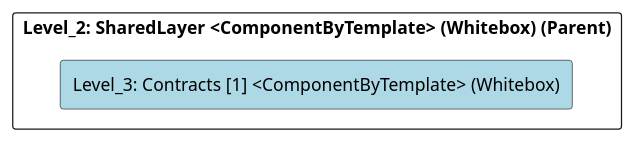
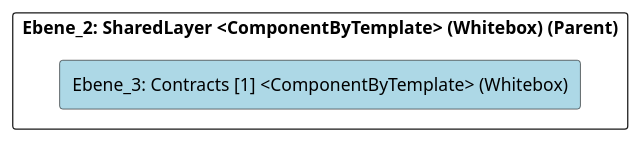
Before and after one commit to marcozwyssig/cleon: the diagram in src/cleon.architecturemethods.arc42.sample/doc/cleon_architecturemethods_arc42_sample_software_microservice/adoc/en/05_building_block_view/microservicesample/sharedlayer/contracts_1/level_3_contracts_[1].adoc, drawn with PlantUML. The commit also changed other lines of this file and 214 other files, not shown here.

```diff
--- a/src/cleon.architecturemethods.arc42.sample/doc/cleon_architecturemethods_arc42_sample_software_microservice/adoc/en/05_building_block_view/microservicesample/sharedlayer/contracts_1/level_3_contracts_[1].adoc
+++ b/src/cleon.architecturemethods.arc42.sample/doc/cleon_architecturemethods_arc42_sample_software_microservice/adoc/en/05_building_block_view/microservicesample/sharedlayer/contracts_1/level_3_contracts_[1].adoc
@@ -20,24 +20,24 @@
-[plantuml, Level_3: Contracts [1] <ComponentByTemplate> (Whitebox)BlockOverview, format="svg"]
+[plantuml, Ebene_3: Contracts [1] <ComponentByTemplate> (Whitebox)BlockOverview, format="svg"]
 ----
-@startuml Level_3: Contracts [1] <ComponentByTemplate> (Whitebox)BuildingBlockOverview
+@startuml Ebene_3: Contracts [1] <ComponentByTemplate> (Whitebox)BuildingBlockOverview
 
 skinparam ranksep 10
 skinparam componentStyle rectangle
 skinparam shadowing false
 skinparam arrowColor lightblue
 skinparam arrowThickness 1.2
 skinparam rectangle {
   BackgroundColor White
   BorderColor #333
   RoundCorner 10
 }
 top to bottom direction
 
-component "Level_2: SharedLayer <ComponentByTemplate> (Whitebox) (Parent)" {
-    component "Level_3: Contracts [1] <ComponentByTemplate> (Whitebox)" #lightblue {
+component "Ebene_2: SharedLayer <ComponentByTemplate> (Whitebox) (Parent)" {
+    component "Ebene_3: Contracts [1] <ComponentByTemplate> (Whitebox)" #lightblue {
     }
 
 }
 
 @enduml
 ----
```
